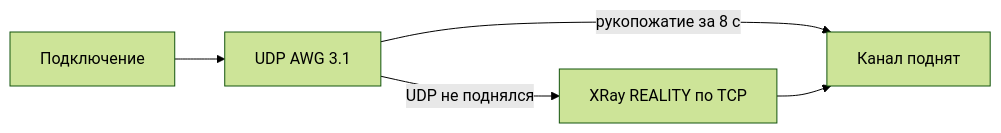
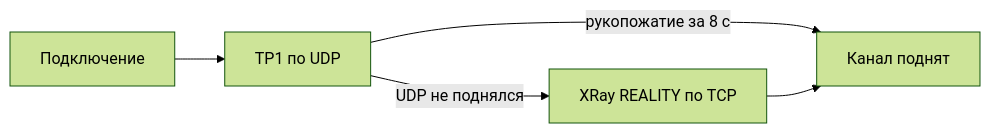
One commit to SystemOfExploit/Traceless-VPN changed the diagram in README_RU.md. Above: the diagram before and after it, drawn with Mermaid (forest theme). The commit also changed other lines of this file and 7 other files, not shown here.

````diff
--- a/README_RU.md
+++ b/README_RU.md
@@ -34,7 +34,7 @@
 ```mermaid
 flowchart LR
-  click[Подключение] --> udp[UDP AWG 3.1]
+  click[Подключение] --> udp[TP1 по UDP]
   udp -->|рукопожатие за 8 с| up[Канал поднят]
   udp -->|UDP не поднялся| reality[XRay REALITY по TCP]
   reality --> up
 ```
````
